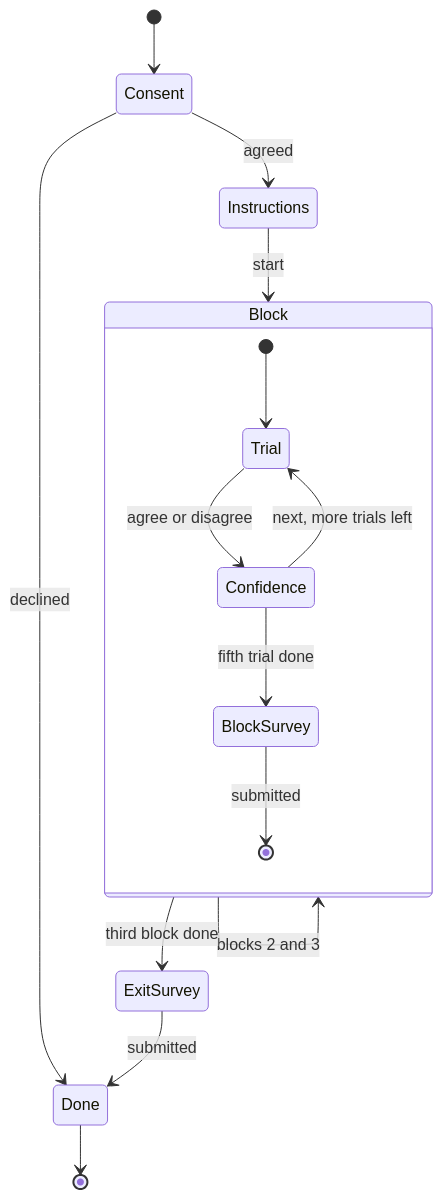
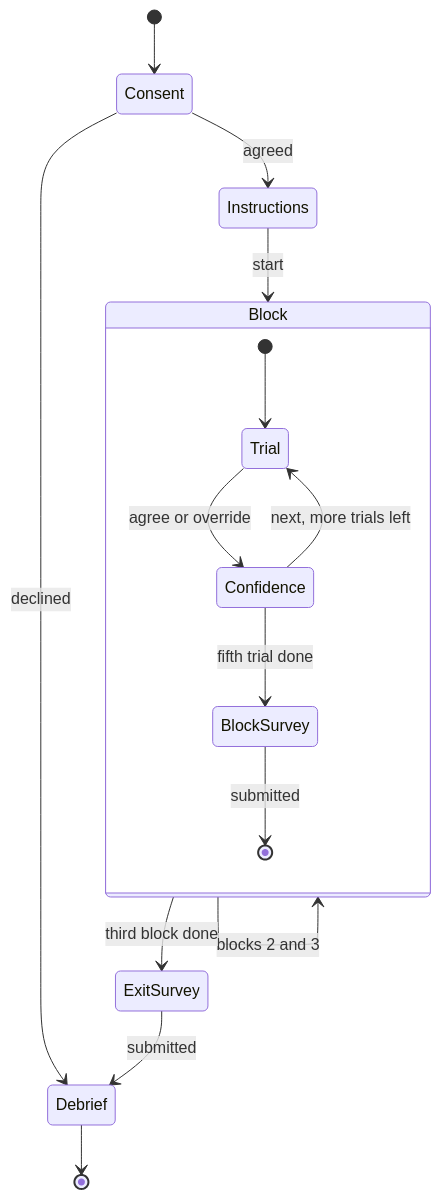
One commit to bibekgupta3333/HCI changed the first of 2 diagrams in docs/system-design.md. Above: the diagram before and after it, drawn with Mermaid. The commit also changed other lines of this file and 10 other files, not shown here.

````diff
--- a/docs/system-design.md
+++ b/docs/system-design.md
@@ -74,18 +79,18 @@
 ```mermaid
 stateDiagram-v2
     [*] --> Consent
-    Consent --> Done : declined
+    Consent --> Debrief : declined
     Consent --> Instructions : agreed
     Instructions --> Block : start
     state Block {
         [*] --> Trial
-        Trial --> Confidence : agree or disagree
+        Trial --> Confidence : agree or override
         Confidence --> Trial : next, more trials left
         Confidence --> BlockSurvey : fifth trial done
         BlockSurvey --> [*] : submitted
     }
     Block --> Block : blocks 2 and 3
     Block --> ExitSurvey : third block done
-    ExitSurvey --> Done : submitted
-    Done --> [*]
+    ExitSurvey --> Debrief : submitted
+    Debrief --> [*]
 ```
````
